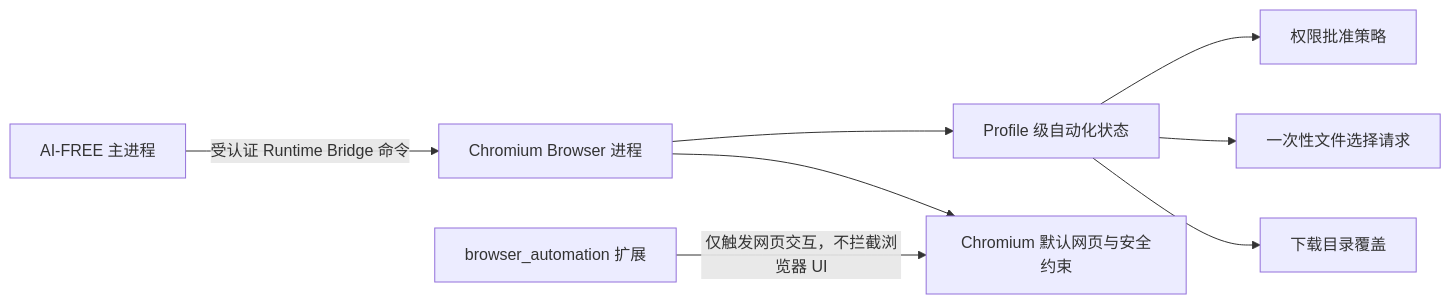
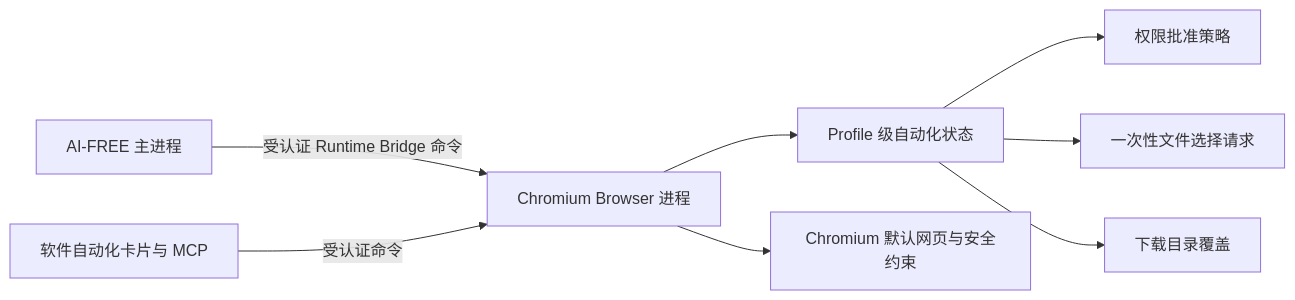
One commit to Blight001/app2.0 changed the diagram in docs/chromium-150-automation-enhancement-design.md. Above: the diagram before and after it, drawn with Mermaid. The commit also changed other lines of this file and 182 other files, not shown here.

First line of the commit message:
``` feat(browser-automation): 移除扩展依赖并迁移到原生Runtime Bridge

````diff
--- a/docs/chromium-150-automation-enhancement-design.md
+++ b/docs/chromium-150-automation-enhancement-design.md
@@ -37,10 +37,10 @@
 ```mermaid
 flowchart LR
     A["AI-FREE 主进程"] -->|"受认证 Runtime Bridge 命令"| B["Chromium Browser 进程"]
     B --> C["Profile 级自动化状态"]
     C --> D["权限批准策略"]
     C --> E["一次性文件选择请求"]
     C --> F["下载目录覆盖"]
     B --> G["Chromium 默认网页与安全约束"]
-    H["browser_automation 扩展"] -->|"仅触发网页交互，不拦截浏览器 UI"| G
+    H["软件自动化卡片与 MCP"] -->|"受认证命令"| B
 ```
````
